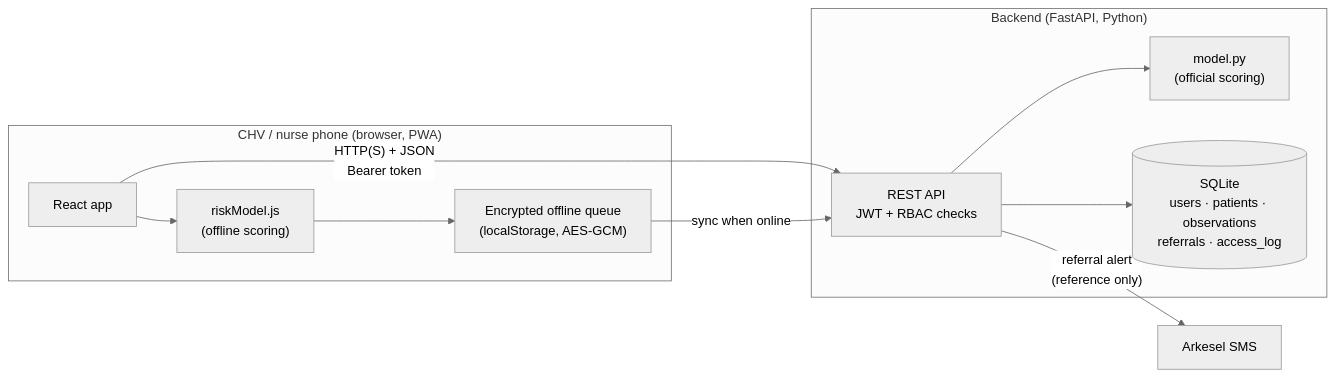
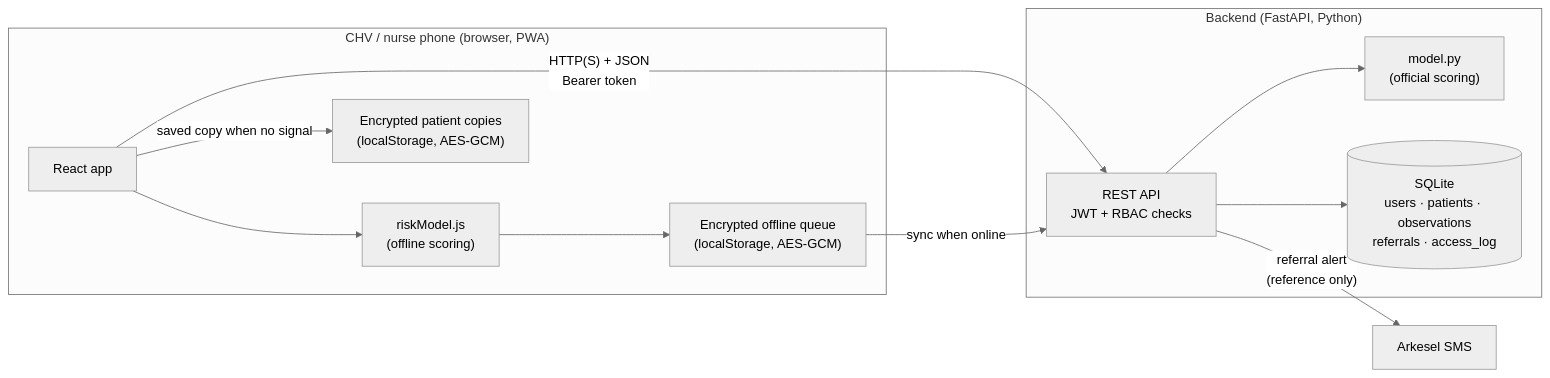
Before and after one commit to ASU-MICS-2028/cc-group-2-prosit-2: the first of 2 diagrams in README.md, drawn with Mermaid (neutral theme). The commit also changed other lines of this file and 5 other files, not shown here.

Commit message:
Encrypted patient cache: list and opened patient pages saved with AES-GCM for offline reload; saved-copy note

````diff
--- a/README.md
+++ b/README.md
@@ -253,24 +254,26 @@
 ```mermaid
 flowchart LR
     subgraph Phone["CHV / nurse phone (browser, PWA)"]
         UI["React app"]
         RM["riskModel.js<br/>(offline scoring)"]
         Q["Encrypted offline queue<br/>(localStorage, AES-GCM)"]
+        PC["Encrypted patient copies<br/>(localStorage, AES-GCM)"]
     end
 
     subgraph Server["Backend (FastAPI, Python)"]
         API["REST API<br/>JWT + RBAC checks"]
         M["model.py<br/>(official scoring)"]
         DB[("SQLite<br/>users · patients · observations<br/>referrals · access_log")]
     end
 
     SMS["Arkesel SMS"]
 
     UI -- "HTTP(S) + JSON<br/>Bearer token" --> API
     UI --> RM
     RM --> Q
     Q -- "sync when online" --> API
+    UI -- "saved copy when no signal" --> PC
     API --> M
     API --> DB
     API -- "referral alert<br/>(reference only)" --> SMS
 ```
````
